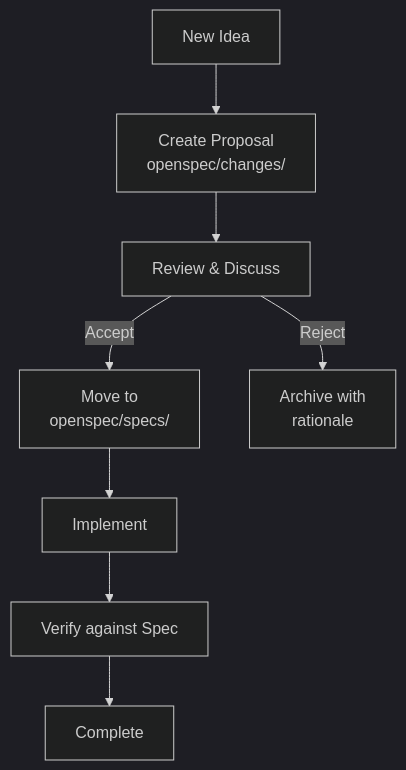
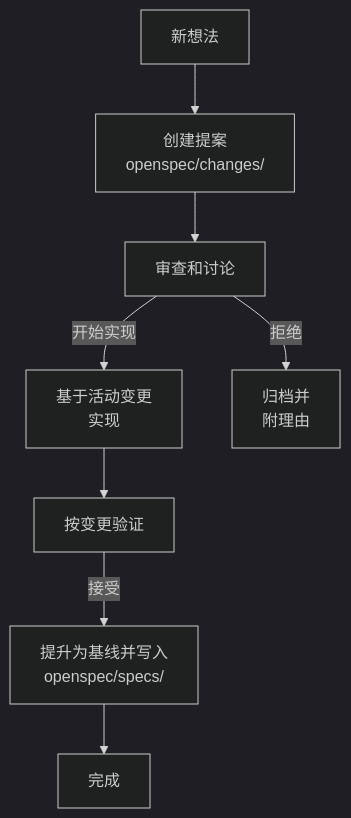
The fifth of 5 diagrams in docs/zh/whitepaper/architecture.md (LessUp/modern-ai-kernels), drawn with Mermaid (dark theme) before and after one commit. The commit also changed other lines of this file and 47 other files, not shown here.

````diff
--- a/docs/zh/whitepaper/architecture.md
+++ b/docs/zh/whitepaper/architecture.md
@@ -216,10 +210,10 @@
 ```mermaid
 flowchart TB
-    IDEA["New Idea"] --> PROPOSAL["Create Proposal<br/>openspec/changes/"]
-    PROPOSAL --> REVIEW["Review & Discuss"]
-    REVIEW -->|"Accept"| SPEC["Move to<br/>openspec/specs/"]
-    REVIEW -->|"Reject"| ARCHIVE["Archive with<br/>rationale"]
-    SPEC --> IMPL["Implement"]
-    IMPL --> VERIFY["Verify against Spec"]
-    VERIFY --> DONE["Complete"]
+    IDEA["新想法"] --> PROPOSAL["创建提案<br/>openspec/changes/"]
+    PROPOSAL --> REVIEW["审查和讨论"]
+    REVIEW -->|"开始实现"| IMPL["基于活动变更<br/>实现"]
+    REVIEW -->|"拒绝"| ARCHIVE["归档并<br/>附理由"]
+    IMPL --> VERIFY["按变更验证"]
+    VERIFY -->|"接受"| SPEC["提升为基线并写入<br/>openspec/specs/"]
+    SPEC --> DONE["完成"]
 ```
````
